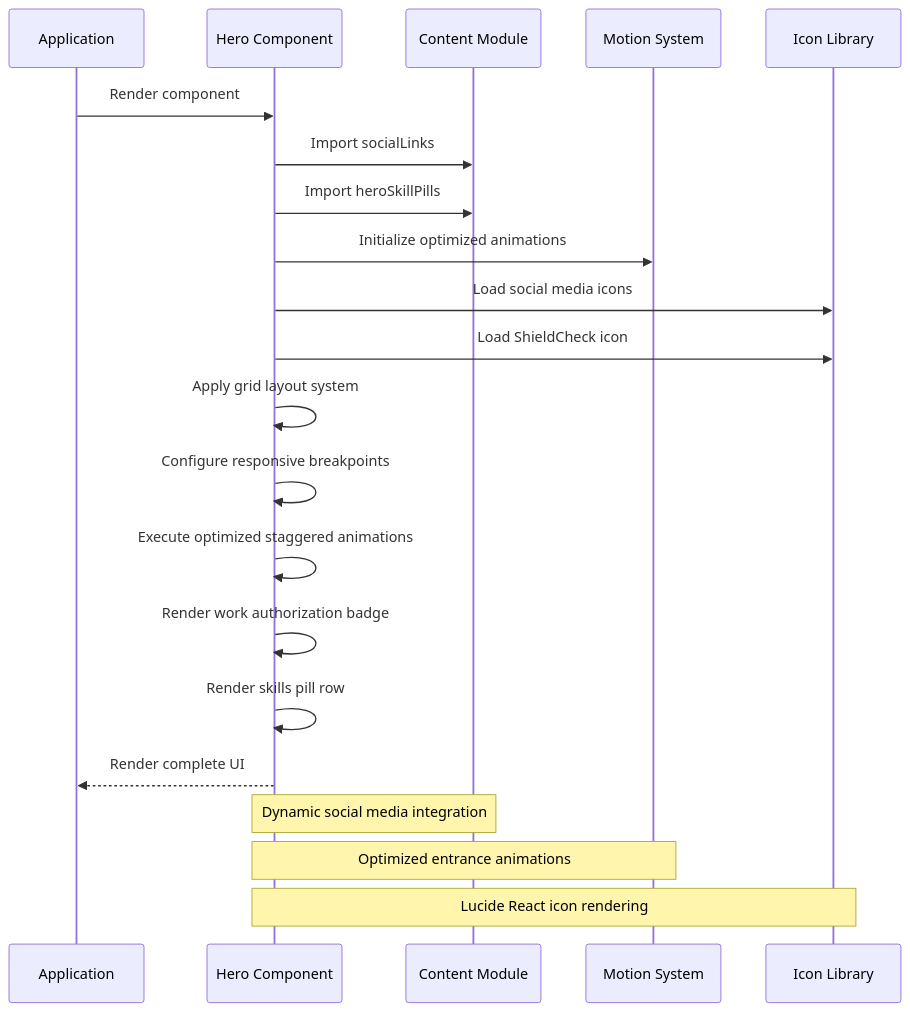
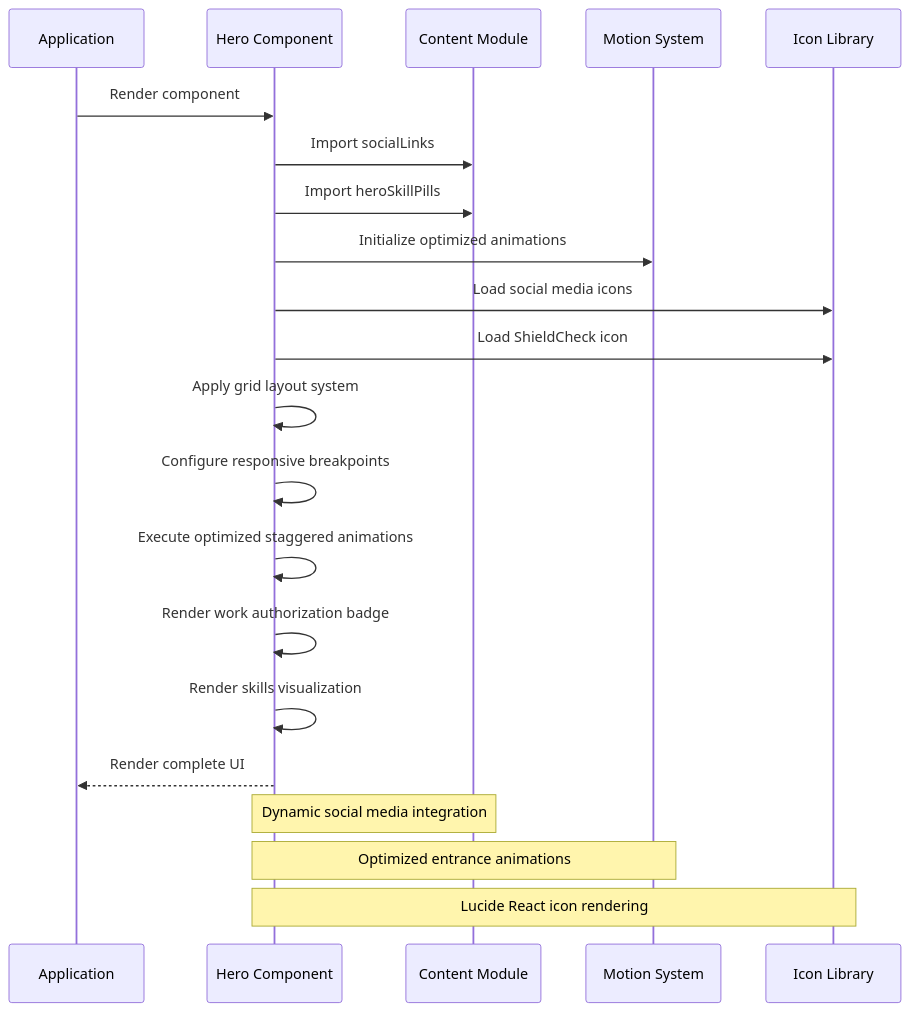
One commit to subash7781/Portfolio changed the second of 6 diagrams in .qoder/repowiki/en/content/Component Library & UI Elements/Hero Component.md. Above: the diagram before and after it, drawn with Mermaid. The commit also changed other lines of this file and 5 other files, not shown here.

````diff
--- a/.qoder/repowiki/en/content/Component Library & UI Elements/Hero Component.md
+++ b/.qoder/repowiki/en/content/Component Library & UI Elements/Hero Component.md
@@ -119,23 +120,23 @@
 ```mermaid
 sequenceDiagram
 participant App as Application
 participant Hero as Hero Component
 participant Content as Content Module
 participant Motion as Motion System
 participant Icons as Icon Library
 App->>Hero : Render component
 Hero->>Content : Import socialLinks
 Hero->>Content : Import heroSkillPills
 Hero->>Motion : Initialize optimized animations
 Hero->>Icons : Load social media icons
 Hero->>Icons : Load ShieldCheck icon
 Hero->>Hero : Apply grid layout system
 Hero->>Hero : Configure responsive breakpoints
 Hero->>Hero : Execute optimized staggered animations
 Hero->>Hero : Render work authorization badge
-Hero->>Hero : Render skills pill row
+Hero->>Hero : Render skills visualization
 Hero-->>App : Render complete UI
 Note over Hero,Content : Dynamic social media integration
 Note over Hero,Motion : Optimized entrance animations
 Note over Hero,Icons : Lucide React icon rendering
 ```
````
